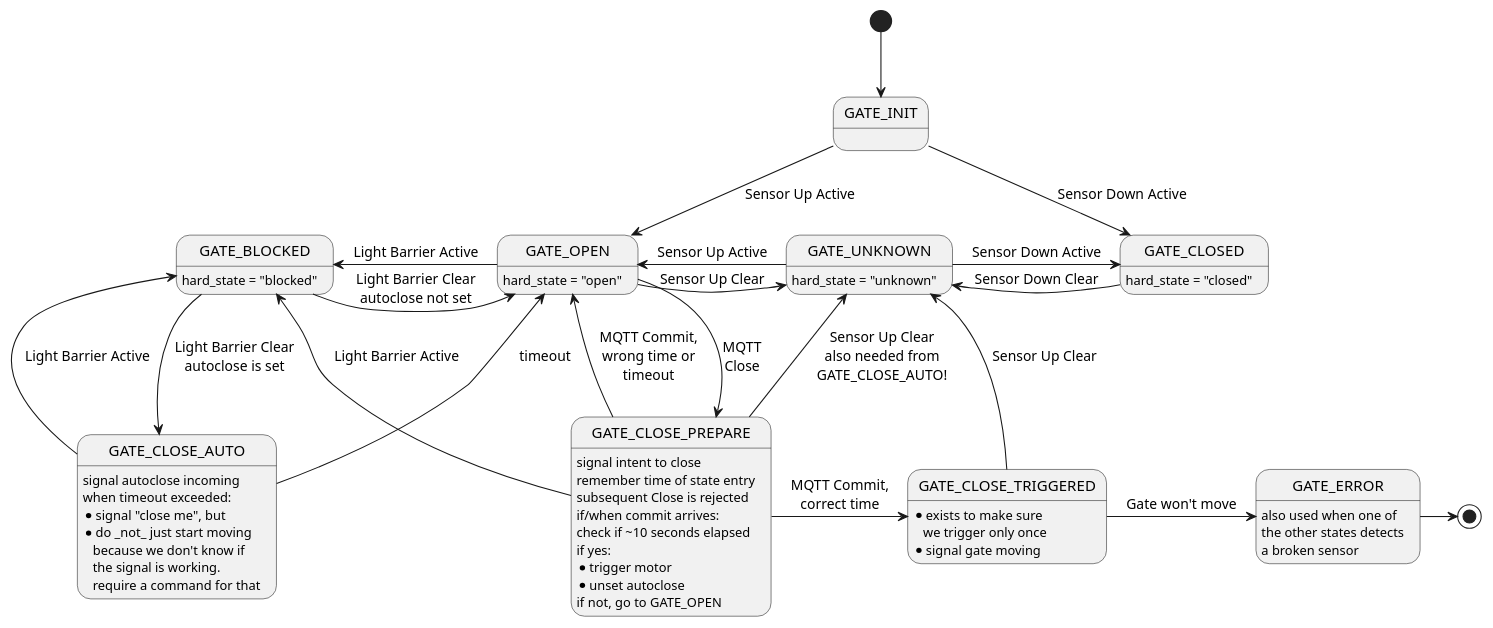
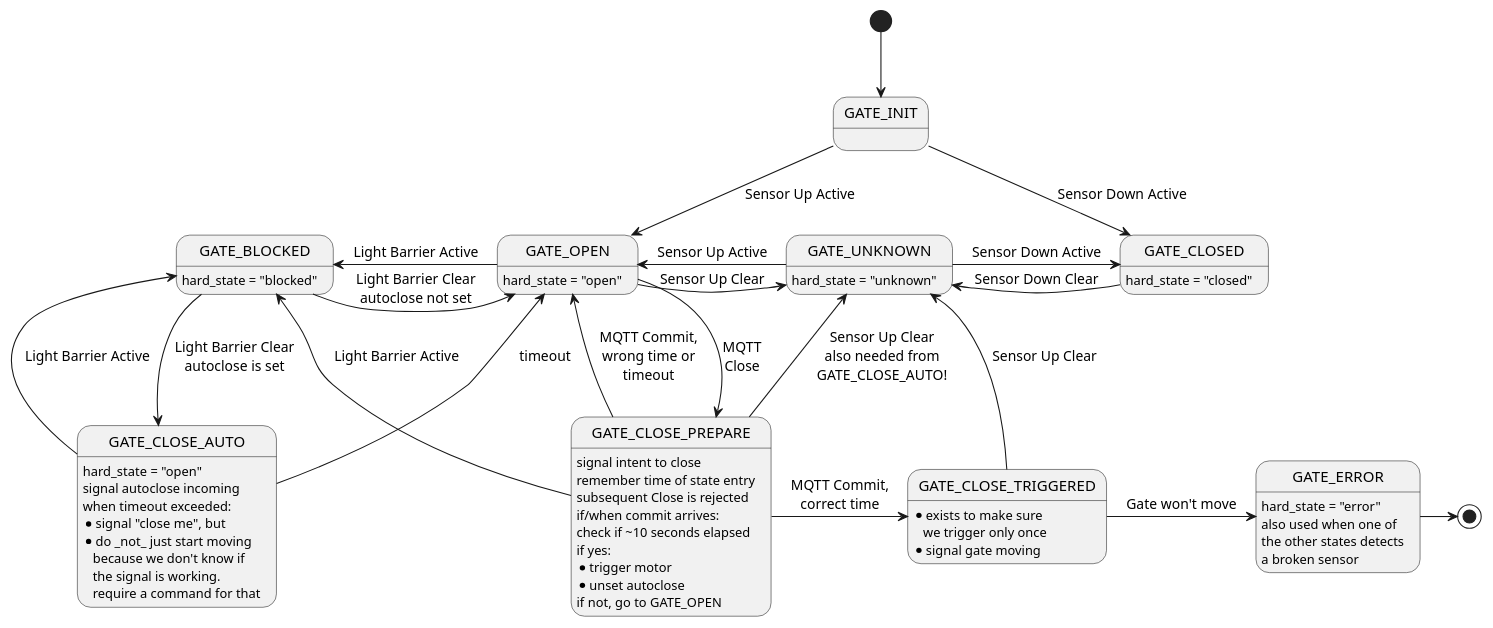
Before and after one commit to Svedrin/gatecontrol: the diagram in docs/statemachine.puml, drawn with PlantUML. The commit also changed 1 other file, not shown here.

Commit message:
add a few missing hard_states

```diff
--- a/docs/statemachine.puml
+++ b/docs/statemachine.puml
@@ -1,57 +1,59 @@
 @startuml
 
 [*] --> GATE_INIT
 
 GATE_INIT    -down-> GATE_CLOSED   : Sensor Down Active
 GATE_INIT    -down-> GATE_OPEN     : Sensor Up Active
 
 GATE_BLOCKED -right-> GATE_OPEN    : Light Barrier Clear\nautoclose not set
 GATE_OPEN    -left->  GATE_BLOCKED : Light Barrier Active
 
 GATE_UNKNOWN -right-> GATE_CLOSED  : Sensor Down Active
 GATE_CLOSED  -left->  GATE_UNKNOWN : Sensor Down Clear
 
 GATE_OPEN    -right-> GATE_UNKNOWN : Sensor Up Clear
 GATE_UNKNOWN -left->  GATE_OPEN    : Sensor Up Active
 
 GATE_OPEN:    hard_state = "open"
 GATE_UNKNOWN: hard_state = "unknown"
 GATE_CLOSED:  hard_state = "closed"
 GATE_BLOCKED: hard_state = "blocked"
 
 
 GATE_BLOCKED    -down->  GATE_CLOSE_AUTO    : Light Barrier Clear\nautoclose is set
 GATE_CLOSE_AUTO -up->    GATE_BLOCKED       : Light Barrier Active
 GATE_CLOSE_AUTO -up->    GATE_OPEN          : timeout
+GATE_CLOSE_AUTO : hard_state = "open"
 GATE_CLOSE_AUTO : signal autoclose incoming
 GATE_CLOSE_AUTO : when timeout exceeded:
 GATE_CLOSE_AUTO : * signal "close me", but
 GATE_CLOSE_AUTO : * do _not_ just start moving\n   because we don't know if\n   the signal is working.\n   require a command for that
 
 GATE_OPEN    -down->  GATE_CLOSE_PREPARE : MQTT\nClose
 GATE_CLOSE_PREPARE: signal intent to close
 GATE_CLOSE_PREPARE: remember time of state entry
 GATE_CLOSE_PREPARE: subsequent Close is rejected
 GATE_CLOSE_PREPARE: if/when commit arrives:
 GATE_CLOSE_PREPARE: check if ~10 seconds elapsed
 GATE_CLOSE_PREPARE: if yes:
 GATE_CLOSE_PREPARE: * trigger motor
 GATE_CLOSE_PREPARE: * unset autoclose
 GATE_CLOSE_PREPARE: if not, go to GATE_OPEN
 
 GATE_CLOSE_PREPARE   -up->     GATE_BLOCKED         : Light Barrier Active
 GATE_CLOSE_PREPARE   -up->     GATE_UNKNOWN         : Sensor Up Clear\nalso needed from\nGATE_CLOSE_AUTO!
 GATE_CLOSE_PREPARE   -up->     GATE_OPEN            : MQTT Commit,\nwrong time or\ntimeout
 GATE_CLOSE_PREPARE   -right->  GATE_CLOSE_TRIGGERED : MQTT Commit,\ncorrect time
 
 GATE_CLOSE_TRIGGERED -up->     GATE_UNKNOWN         : Sensor Up Clear
 GATE_CLOSE_TRIGGERED -right->  GATE_ERROR           : Gate won't move
 GATE_CLOSE_TRIGGERED: * exists to make sure\n   we trigger only once
 GATE_CLOSE_TRIGGERED: * signal gate moving
 
 GATE_ERROR           -right->  [*]
+GATE_ERROR: hard_state = "error"
 GATE_ERROR: also used when one of
 GATE_ERROR: the other states detects
 GATE_ERROR: a broken sensor
 
 @enduml
```
